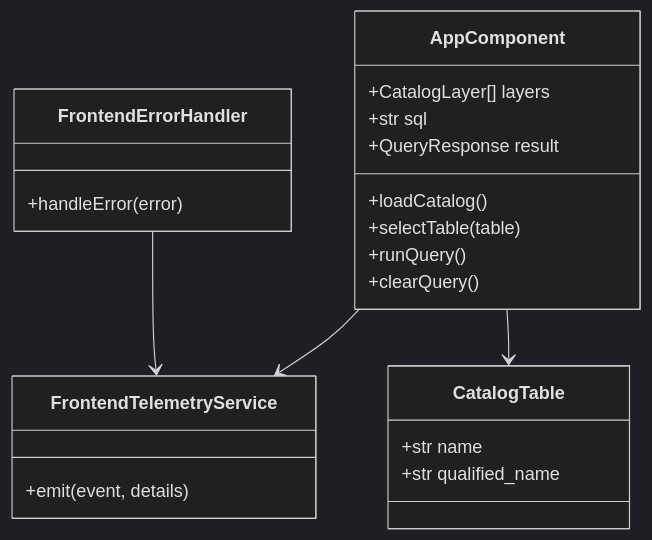
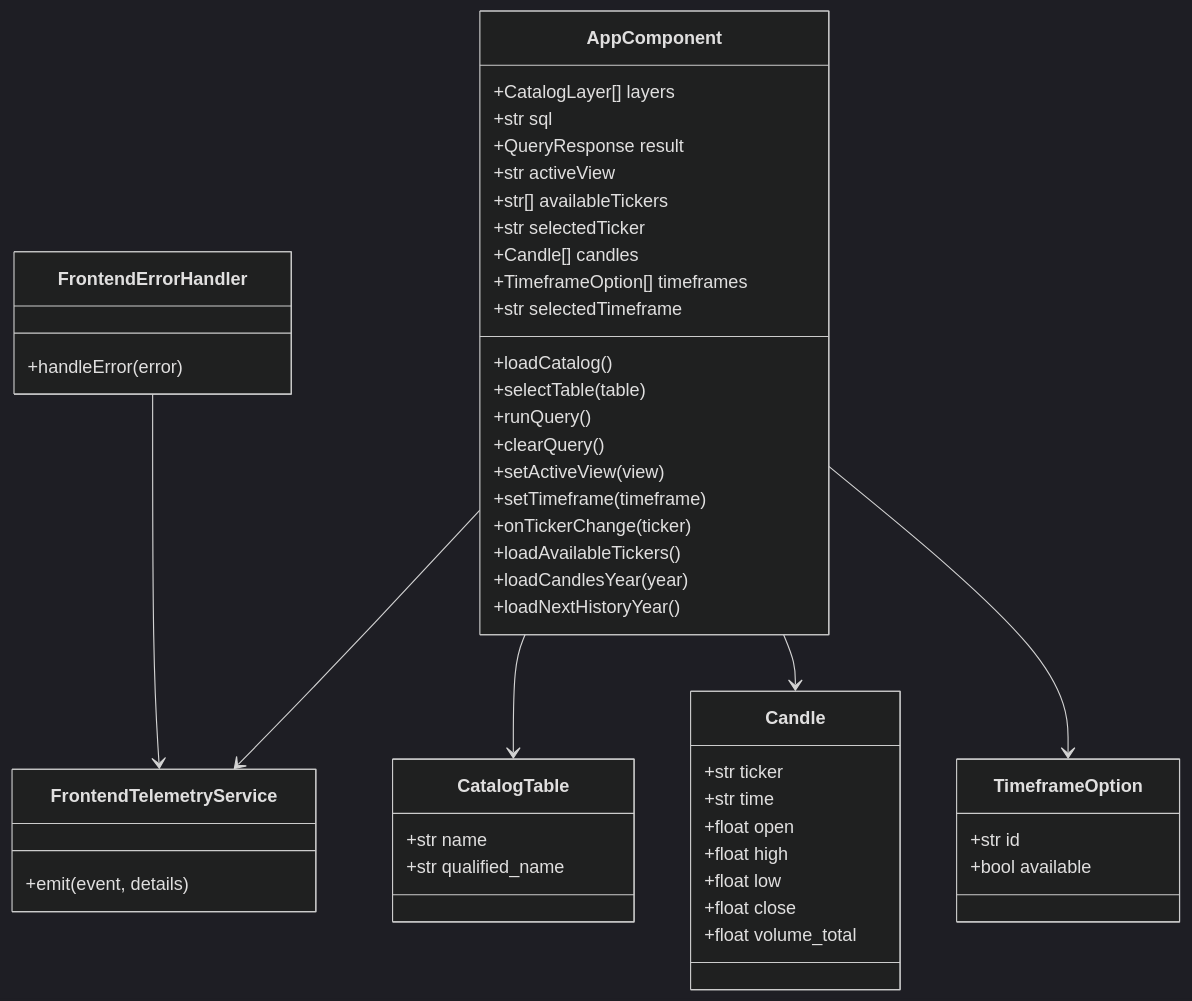
Before and after one commit to BiellBatista/Python.DataEngineering: the third of 3 diagrams in B3-Web-App/docs/diagrama-classes.md, drawn with Mermaid (dark theme). The commit also changed other lines of this file and 25 other files, not shown here.

First line of the commit message:
feat: add Gold candles chart tab and rename app to Data Process

````diff
--- a/B3-Web-App/docs/diagrama-classes.md
+++ b/B3-Web-App/docs/diagrama-classes.md
@@ -71,25 +93,52 @@
 ```mermaid
 classDiagram
     class AppComponent {
         +CatalogLayer[] layers
         +str sql
         +QueryResponse result
+        +str activeView
+        +str[] availableTickers
+        +str selectedTicker
+        +Candle[] candles
+        +TimeframeOption[] timeframes
+        +str selectedTimeframe
         +loadCatalog()
         +selectTable(table)
         +runQuery()
         +clearQuery()
+        +setActiveView(view)
+        +setTimeframe(timeframe)
+        +onTickerChange(ticker)
+        +loadAvailableTickers()
+        +loadCandlesYear(year)
+        +loadNextHistoryYear()
+    }
+    class Candle {
+        +str ticker
+        +str time
+        +float open
+        +float high
+        +float low
+        +float close
+        +float volume_total
+    }
+    class TimeframeOption {
+        +str id
+        +bool available
     }
     class FrontendTelemetryService {
         +emit(event, details)
     }
     class FrontendErrorHandler {
         +handleError(error)
     }
     class CatalogTable {
         +str name
         +str qualified_name
     }
     AppComponent --> FrontendTelemetryService
     AppComponent --> CatalogTable
+    AppComponent --> Candle
+    AppComponent --> TimeframeOption
     FrontendErrorHandler --> FrontendTelemetryService
 ```
````
